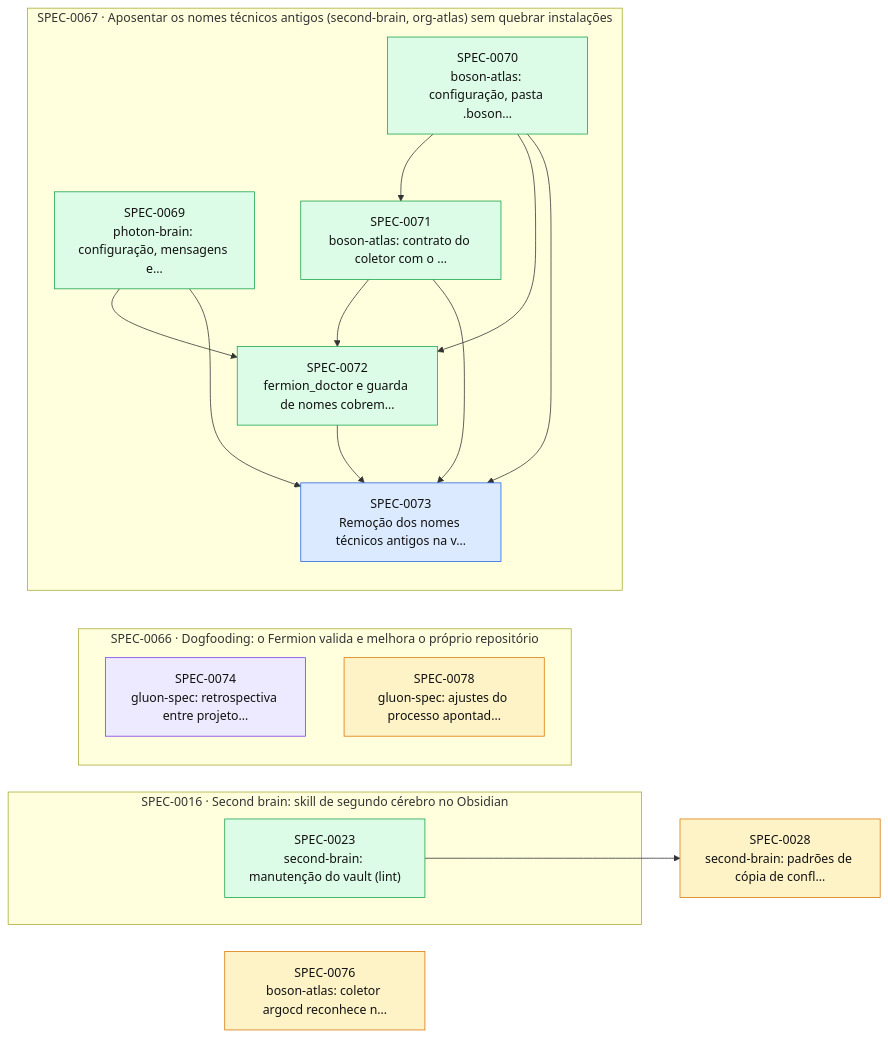
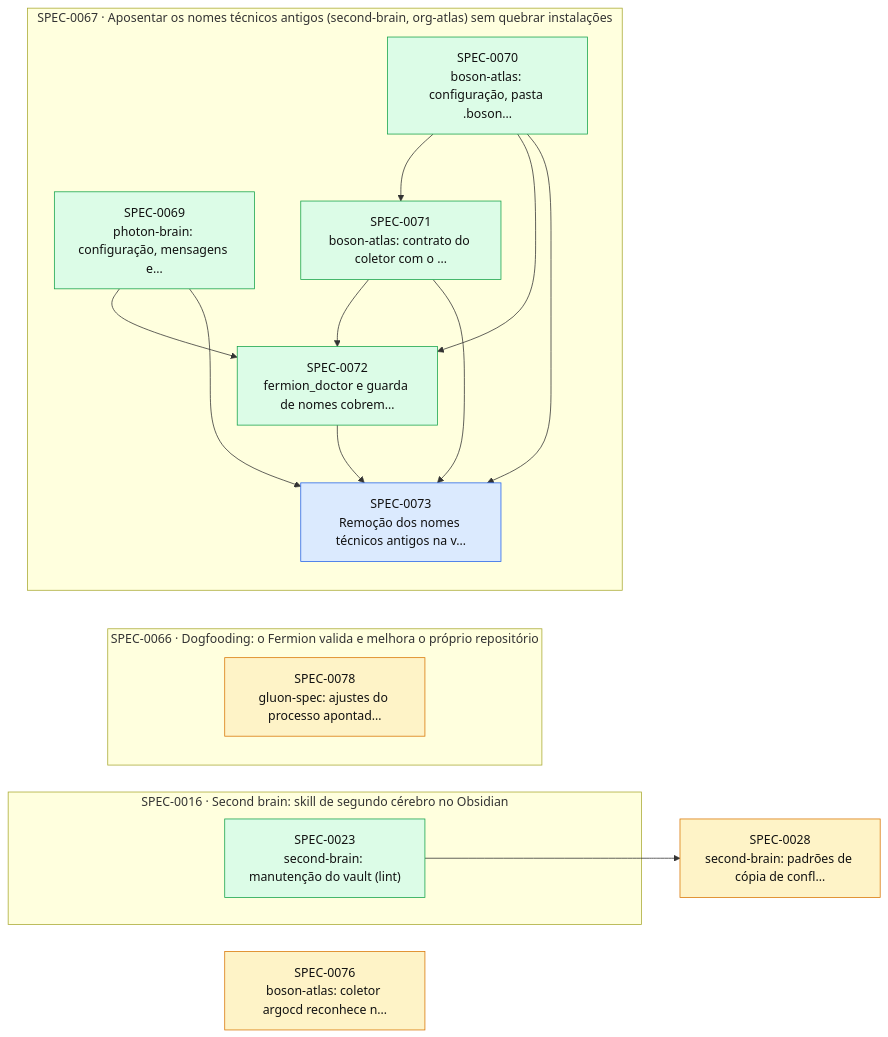
Before and after one commit to thomasravache/ai-dev-brain: the diagram in docs/specs/INDEX.md, drawn with Mermaid. The commit also changed other lines of this file and 1 other file, not shown here.

First line of the commit message:
docs(specs): G7 e fechamento da SPEC-0074

````diff
--- a/docs/specs/INDEX.md
+++ b/docs/specs/INDEX.md
@@ -63,33 +62,32 @@
 ```mermaid
 flowchart LR
   S0028["SPEC-0028<br/>second-brain: padrões de cópia de confl…"]:::proposed
   S0076["SPEC-0076<br/>boson-atlas: coletor argocd reconhece n…"]:::proposed
   subgraph E0016["SPEC-0016 · Second brain: skill de segundo cérebro no Obsidian"]
     S0023["SPEC-0023<br/>second-brain: manutenção do vault (lint)"]:::implemented
   end
   subgraph E0066["SPEC-0066 · Dogfooding: o Fermion valida e melhora o próprio repositório"]
-    S0074["SPEC-0074<br/>gluon-spec: retrospectiva entre projeto…"]:::inprogress
     S0078["SPEC-0078<br/>gluon-spec: ajustes do processo apontad…"]:::proposed
   end
   subgraph E0067["SPEC-0067 · Aposentar os nomes técnicos antigos (second-brain, org-atlas) sem quebrar instalações"]
     S0069["SPEC-0069<br/>photon-brain: configuração, mensagens e…"]:::implemented
     S0070["SPEC-0070<br/>boson-atlas: configuração, pasta .boson…"]:::implemented
     S0071["SPEC-0071<br/>boson-atlas: contrato do coletor com o …"]:::implemented
     S0072["SPEC-0072<br/>fermion_doctor e guarda de nomes cobrem…"]:::implemented
     S0073["SPEC-0073<br/>Remoção dos nomes técnicos antigos na v…"]:::approved
   end
   S0023 --> S0028
   S0070 --> S0071
   S0069 --> S0072
   S0070 --> S0072
   S0071 --> S0072
   S0069 --> S0073
   S0070 --> S0073
   S0071 --> S0073
   S0072 --> S0073
   classDef proposed fill:#fef3c7,stroke:#d97706,color:#111
   classDef approved fill:#dbeafe,stroke:#2563eb,color:#111
   classDef inprogress fill:#ede9fe,stroke:#7c3aed,color:#111
   classDef implemented fill:#dcfce7,stroke:#16a34a,color:#111
   classDef deprecated fill:#f3f4f6,stroke:#9ca3af,color:#6b7280
 ```
````
